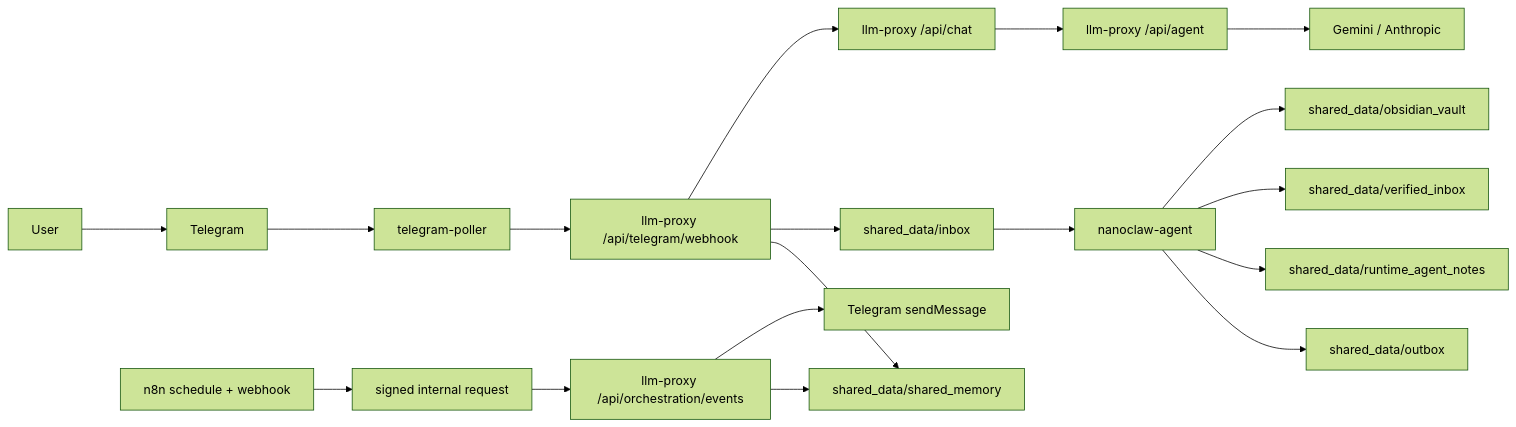
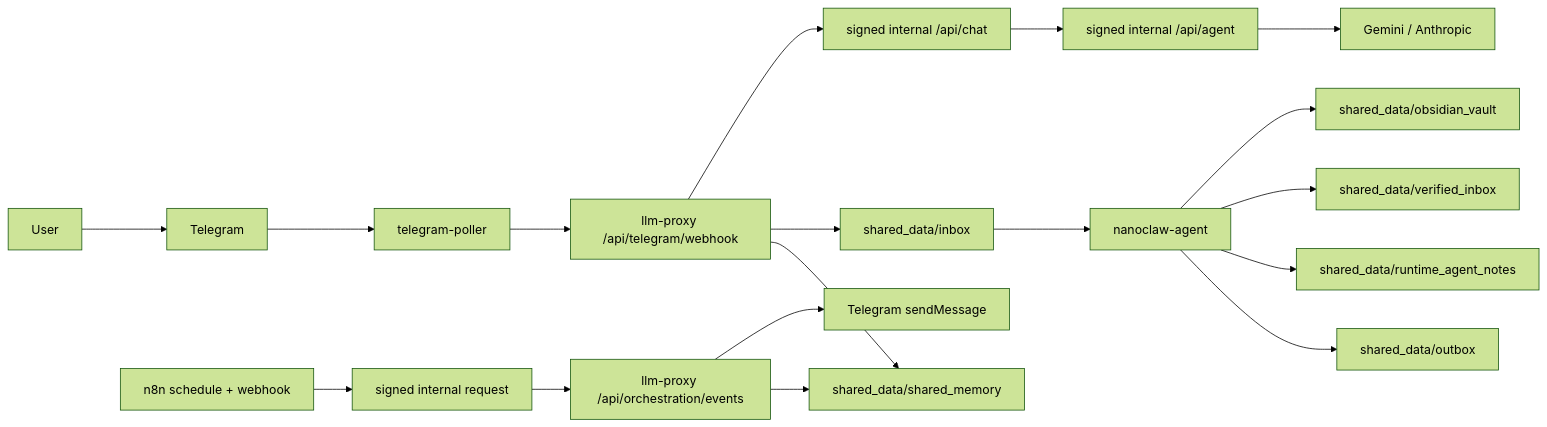
Before and after one commit to Merchantlee99/Personal-AI-agent-v2: the diagram in README.md, drawn with Mermaid (forest theme). The commit also changed other lines of this file and 8 other files, not shown here.

Commit message:
fix: close remaining internal-only proxy surfaces

````diff
--- a/README.md
+++ b/README.md
@@ -15,21 +16,21 @@
 ```mermaid
 flowchart LR
   U["User"] --> TG["Telegram"]
   TG --> TP["telegram-poller"]
   TP --> TGC["llm-proxy /api/telegram/webhook"]
-  TGC --> CHAT["llm-proxy /api/chat"]
-  CHAT --> PX["llm-proxy /api/agent"]
+  TGC --> CHAT["signed internal /api/chat"]
+  CHAT --> PX["signed internal /api/agent"]
   PX --> LLM["Gemini / Anthropic"]
 
   N8N["n8n schedule + webhook"] --> SIGN["signed internal request"]
   SIGN --> ORCH["llm-proxy /api/orchestration/events"]
   ORCH --> TGAPI["Telegram sendMessage"]
   TGC --> INBOX["shared_data/inbox"]
   INBOX --> AG["nanoclaw-agent"]
   AG --> VAULT["shared_data/obsidian_vault"]
   AG --> VERIFIED["shared_data/verified_inbox"]
   AG --> RUNTIME["shared_data/runtime_agent_notes"]
   AG --> OUTBOX["shared_data/outbox"]
   ORCH --> MEM["shared_data/shared_memory"]
   TGC --> MEM
 ```
````
